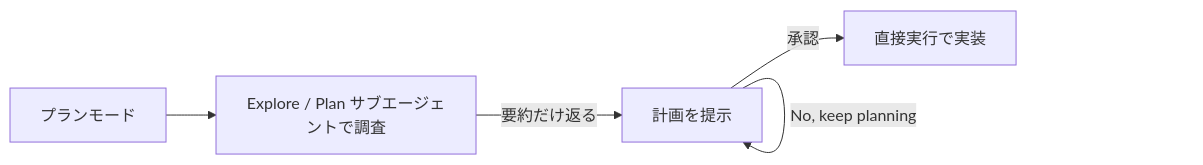
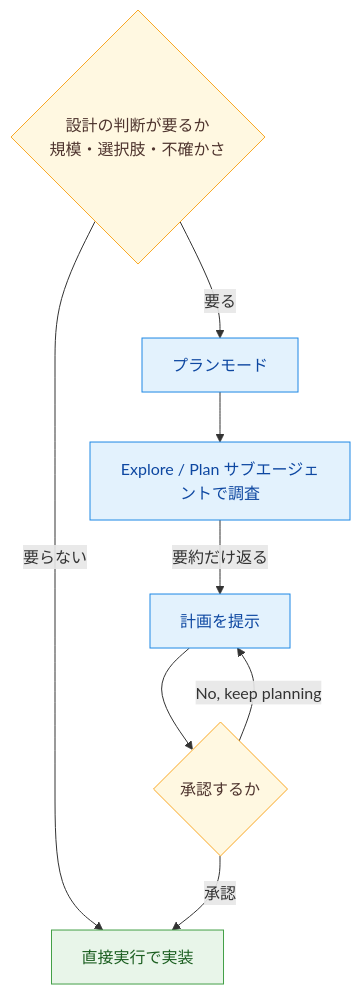
The diagram in ccaf/notes/03-claude-code/plan-mode-vs-direct.md (yuya-take/yuya-exam-notes), drawn with Mermaid before and after one commit. The commit also changed other lines of this file and 50 other files, not shown here.

````diff
--- a/ccaf/notes/03-claude-code/plan-mode-vs-direct.md
+++ b/ccaf/notes/03-claude-code/plan-mode-vs-direct.md
@@ -24,7 +12,16 @@
 ```mermaid
-flowchart LR
-  A[プランモード] --> B[Explore / Plan サブエージェントで調査]
-  B -->|要約だけ返る| C[計画を提示]
-  C -->|No, keep planning| C
-  C -->|承認| D[直接実行で実装]
+flowchart TD
+  S{"設計の判断が要るか<br>規模・選択肢・不確かさ"} -->|要る| A[プランモード]
+  S -->|要らない| D[直接実行で実装]
+  A --> B[Explore / Plan サブエージェントで調査]
+  B -->|要約だけ返る| P[計画を提示]
+  P --> J{承認するか}
+  J -->|No, keep planning| P
+  J -->|承認| D
+  classDef run fill:#e3f2fd,stroke:#1e88e5,color:#0d47a1
+  classDef judge fill:#fff8e1,stroke:#f9a825,color:#4e342e
+  classDef done fill:#e8f5e9,stroke:#43a047,color:#1b5e20
+  class A,B,P run
+  class S,J judge
+  class D done
 ```
````
